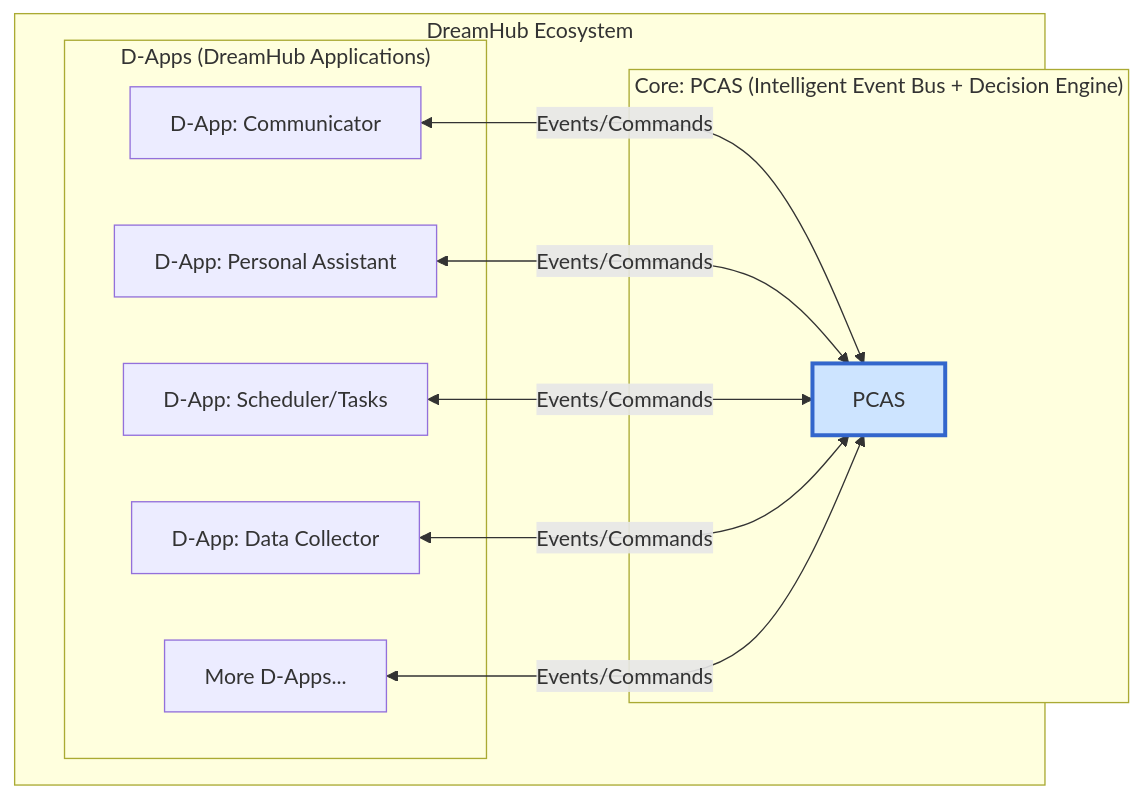
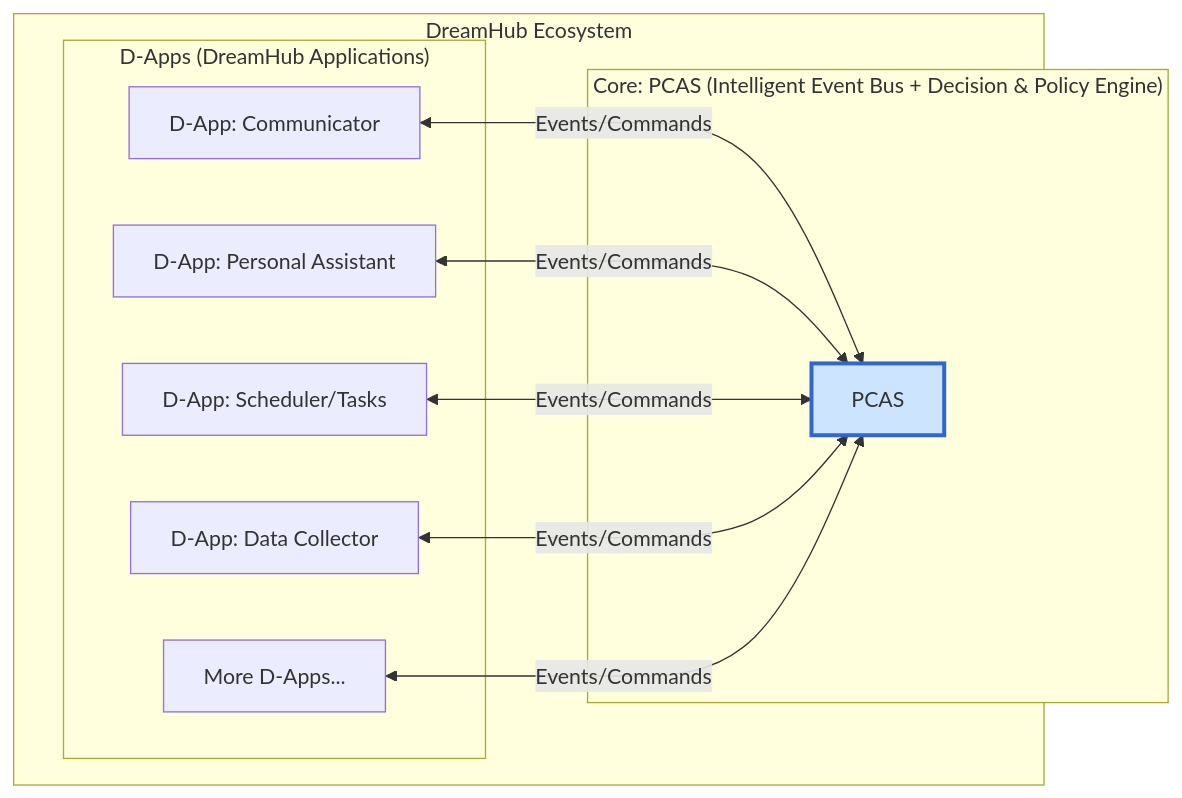
One commit to soaringjerry/DreamHub changed the diagram in README.md. Above: the diagram before and after it, drawn with Mermaid. The commit also changed other lines of this file and 3 other files, not shown here.

````diff
--- a/README.md
+++ b/README.md
@@ -33,27 +35,27 @@
 ```mermaid
 graph TD
     subgraph "DreamHub Ecosystem"
         direction LR
         
-        subgraph "Core: PCAS (Intelligent Event Bus + Decision Engine)"
+        subgraph "Core: PCAS (Intelligent Event Bus + Decision & Policy Engine)"
             PCAS_Core[PCAS]
         end
 
         subgraph "D-Apps (DreamHub Applications)"
             DApp1[D-App: Communicator]
             DApp2[D-App: Personal Assistant]
             DApp3[D-App: Scheduler/Tasks]
             DApp4[D-App: Data Collector]
             DAppN[More D-Apps...]
         end
     end
 
     %% Communication Flow
     DApp1 <--> |Events/Commands| PCAS_Core
     DApp2 <--> |Events/Commands| PCAS_Core
     DApp3 <--> |Events/Commands| PCAS_Core
     DApp4 <--> |Events/Commands| PCAS_Core
     DAppN <--> |Events/Commands| PCAS_Core
 
     style PCAS_Core fill:#cde4ff,stroke:#36c,stroke-width:3px
 ```
````
